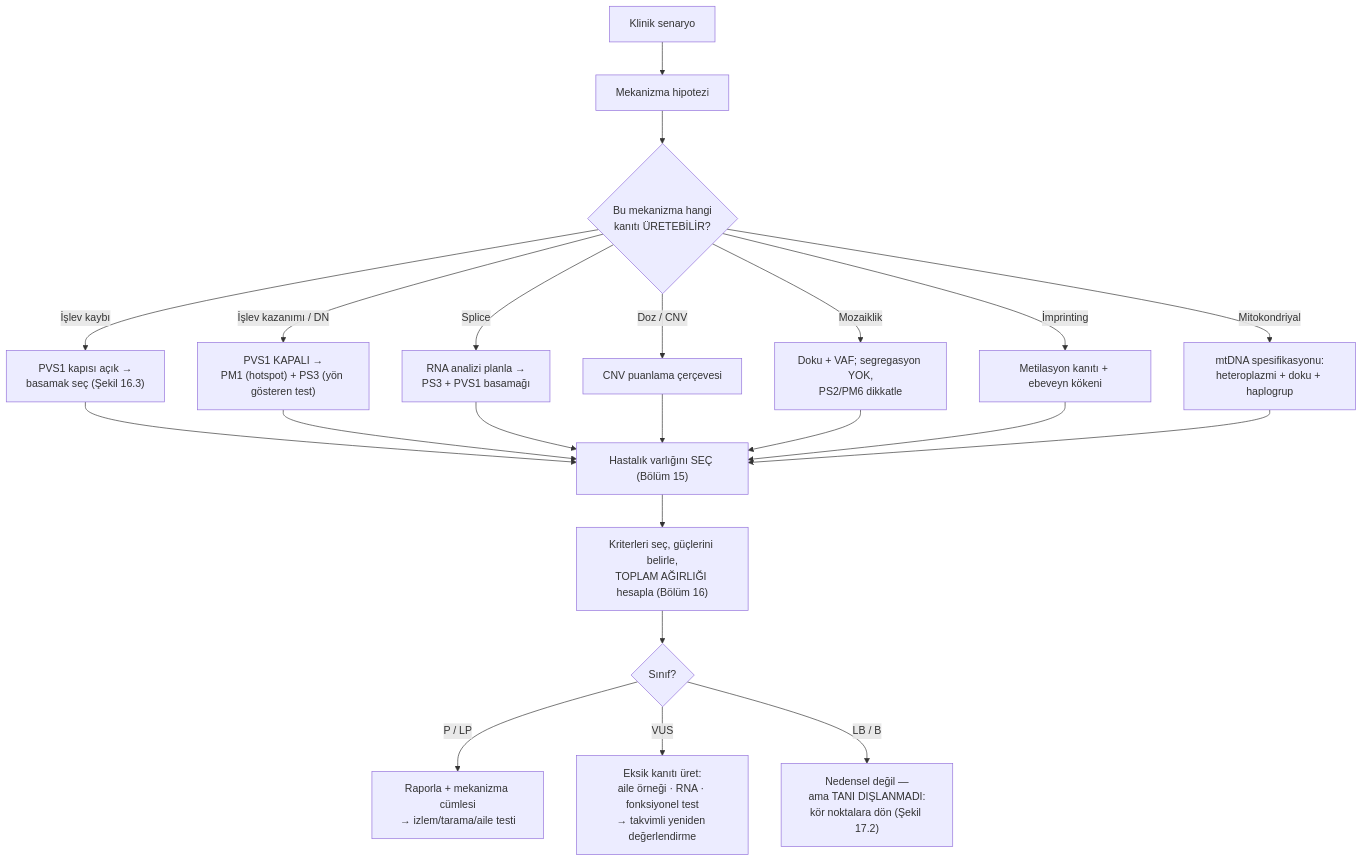
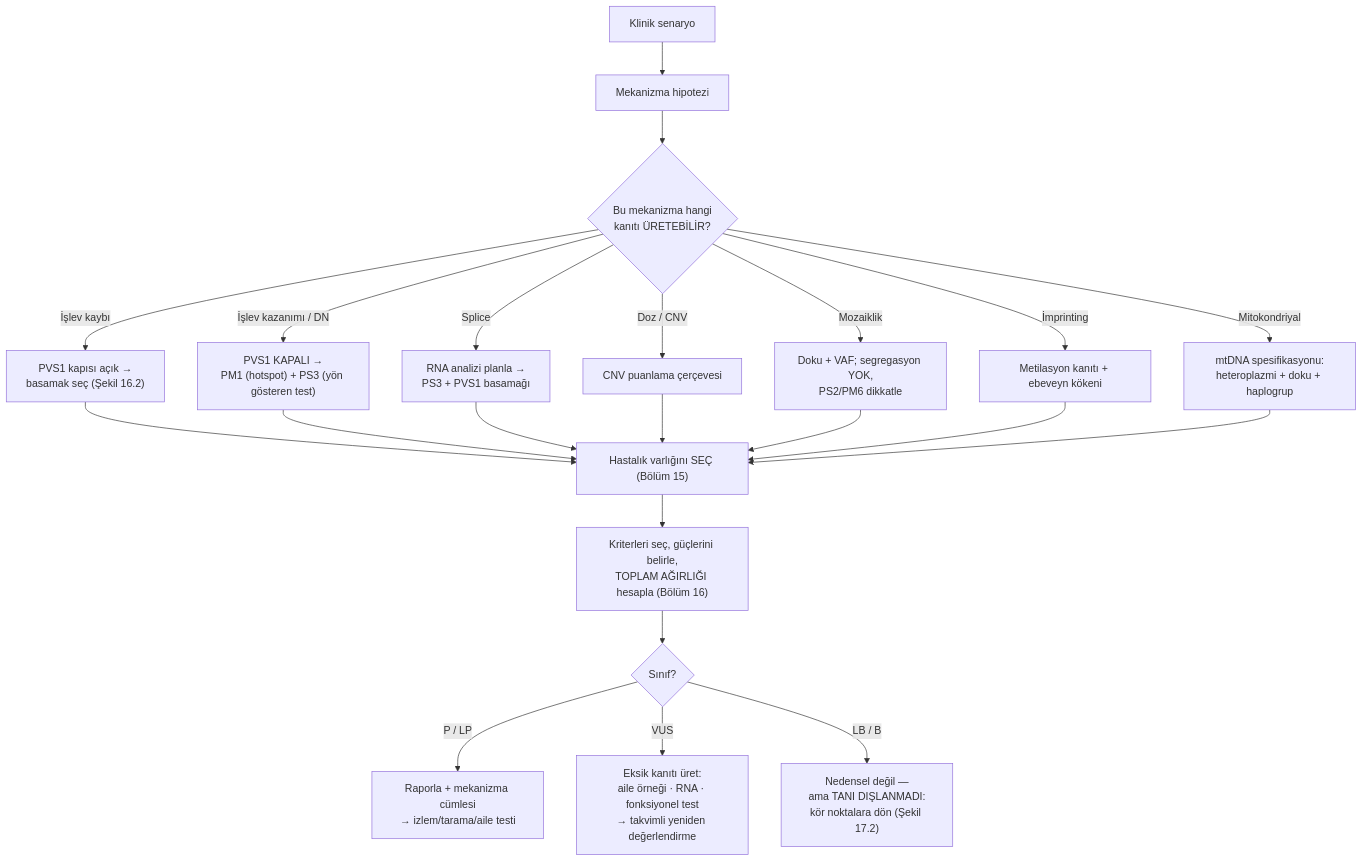
Before and after one commit to MDKalenderoglu/Mekanizma_Kitab-: the second of 3 diagrams in Bölüm_17_Klinik_Senaryolarla_Sentez.md, drawn with Mermaid. The commit also changed other lines of this file and 50 other files, not shown here.

````diff
--- a/Bölüm_17_Klinik_Senaryolarla_Sentez.md
+++ b/Bölüm_17_Klinik_Senaryolarla_Sentez.md
@@ -193,27 +203,27 @@
 ```mermaid
 flowchart TD
   A["Klinik senaryo"] --> B["Mekanizma hipotezi"]
   B --> C{"Bu mekanizma hangi<br/>kanıtı ÜRETEBİLİR?"}
 
-  C -->|"İşlev kaybı"| D["PVS1 kapısı açık →<br/>basamak seç (Şekil 16.3)"]
+  C -->|"İşlev kaybı"| D["PVS1 kapısı açık →<br/>basamak seç (Şekil 16.2)"]
   C -->|"İşlev kazanımı / DN"| E["PVS1 KAPALI →<br/>PM1 (hotspot) + PS3 (yön gösteren test)"]
   C -->|"Splice"| F["RNA analizi planla →<br/>PS3 + PVS1 basamağı"]
   C -->|"Doz / CNV"| G["CNV puanlama çerçevesi"]
   C -->|"Mozaiklik"| H["Doku + VAF; segregasyon YOK,<br/>PS2/PM6 dikkatle"]
   C -->|"İmprinting"| I["Metilasyon kanıtı + ebeveyn kökeni"]
   C -->|"Mitokondriyal"| J["mtDNA spesifikasyonu:<br/>heteroplazmi + doku + haplogrup"]
 
   D --> K["Hastalık varlığını SEÇ (Bölüm 15)"]
   E --> K
   F --> K
   G --> K
   H --> K
   I --> K
   J --> K
 
   K --> L["Kriterleri seç, güçlerini belirle,<br/>TOPLAM AĞIRLIĞI hesapla (Bölüm 16)"]
   L --> M{"Sınıf?"}
   M -->|"P / LP"| N["Raporla + mekanizma cümlesi<br/>→ izlem/tarama/aile testi"]
   M -->|"VUS"| O["Eksik kanıtı üret:<br/>aile örneği · RNA · fonksiyonel test<br/>→ takvimli yeniden değerlendirme"]
   M -->|"LB / B"| P["Nedensel değil —<br/>ama TANI DIŞLANMADI:<br/>kör noktalara dön (Şekil 17.2)"]
 ```
````
